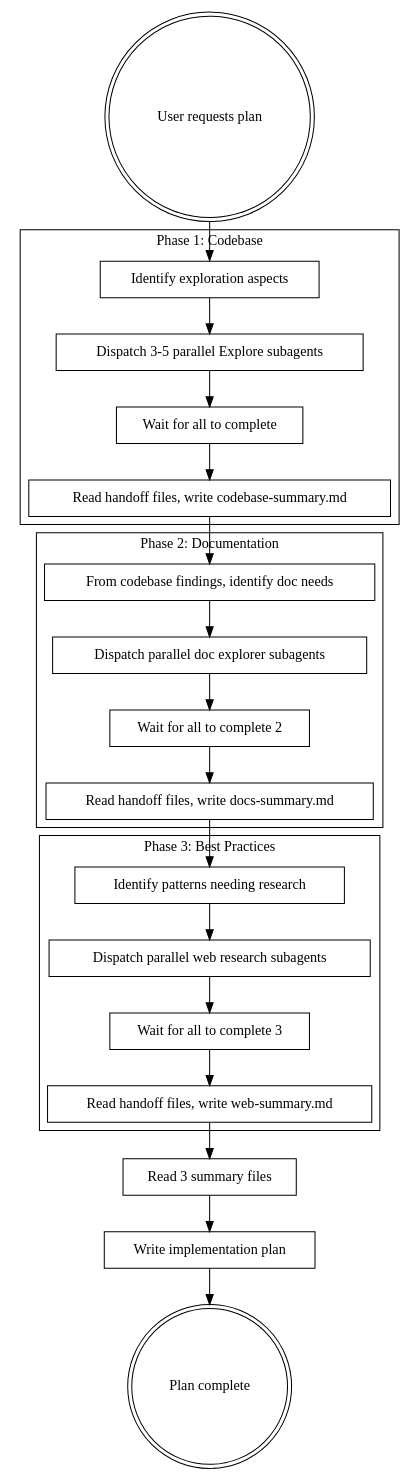
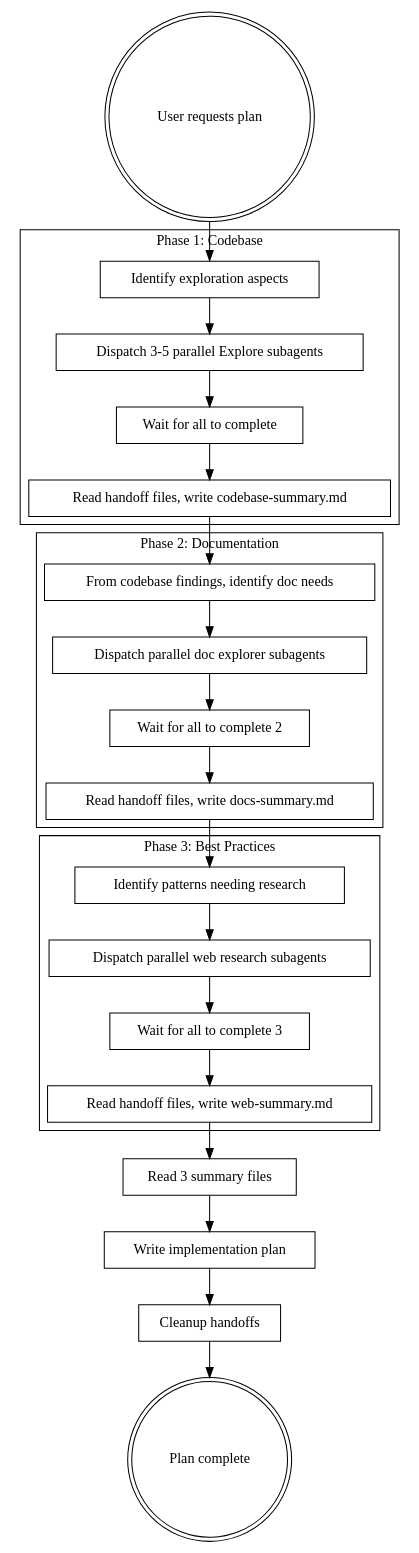
One commit to obra/superpowers changed the diagram in skills/writing-plans/SKILL.md. Above: the diagram before and after it, drawn with Graphviz.

Commit message:
docs(writing-plans): add cleanup step to workflow diagram
Update DOT graph to show cleanup of handoffs directory after plan
is written and before announcing completion.

🤖 Generated with [Claude Code](https://claude.com/claude-code)

````diff
--- a/skills/writing-plans/SKILL.md
+++ b/skills/writing-plans/SKILL.md
@@ -53,50 +53,52 @@
 ```dot
 digraph context_gathering {
     rankdir=TB;
 
     subgraph cluster_phase1 {
         label="Phase 1: Codebase";
         "Identify exploration aspects" [shape=box];
         "Dispatch 3-5 parallel Explore subagents" [shape=box];
         "Wait for all to complete" [shape=box];
         "Read handoff files, write codebase-summary.md" [shape=box];
     }
 
     subgraph cluster_phase2 {
         label="Phase 2: Documentation";
         "From codebase findings, identify doc needs" [shape=box];
         "Dispatch parallel doc explorer subagents" [shape=box];
         "Wait for all to complete 2" [shape=box];
         "Read handoff files, write docs-summary.md" [shape=box];
     }
 
     subgraph cluster_phase3 {
         label="Phase 3: Best Practices";
         "Identify patterns needing research" [shape=box];
         "Dispatch parallel web research subagents" [shape=box];
         "Wait for all to complete 3" [shape=box];
         "Read handoff files, write web-summary.md" [shape=box];
     }
 
     "User requests plan" [shape=doublecircle];
     "Read 3 summary files" [shape=box];
     "Write implementation plan" [shape=box];
+    "Cleanup handoffs" [shape=box];
     "Plan complete" [shape=doublecircle];
 
     "User requests plan" -> "Identify exploration aspects";
     "Identify exploration aspects" -> "Dispatch 3-5 parallel Explore subagents";
     "Dispatch 3-5 parallel Explore subagents" -> "Wait for all to complete";
     "Wait for all to complete" -> "Read handoff files, write codebase-summary.md";
     "Read handoff files, write codebase-summary.md" -> "From codebase findings, identify doc needs";
     "From codebase findings, identify doc needs" -> "Dispatch parallel doc explorer subagents";
     "Dispatch parallel doc explorer subagents" -> "Wait for all to complete 2";
     "Wait for all to complete 2" -> "Read handoff files, write docs-summary.md";
     "Read handoff files, write docs-summary.md" -> "Identify patterns needing research";
     "Identify patterns needing research" -> "Dispatch parallel web research subagents";
     "Dispatch parallel web research subagents" -> "Wait for all to complete 3";
     "Wait for all to complete 3" -> "Read handoff files, write web-summary.md";
     "Read handoff files, write web-summary.md" -> "Read 3 summary files";
     "Read 3 summary files" -> "Write implementation plan";
-    "Write implementation plan" -> "Plan complete";
+    "Write implementation plan" -> "Cleanup handoffs";
+    "Cleanup handoffs" -> "Plan complete";
 }
 ```
````
